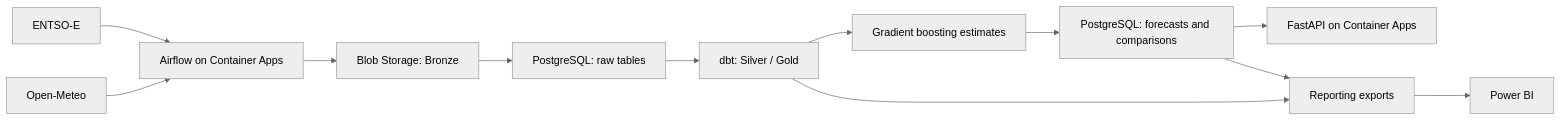
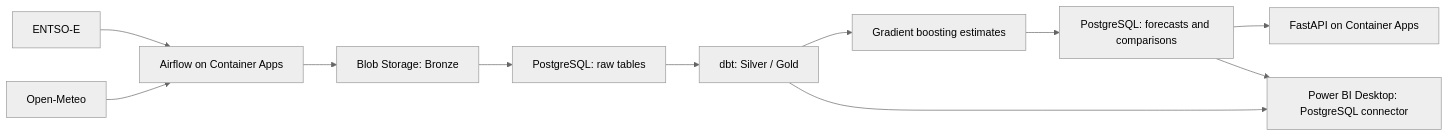
The diagram in README.md (Yassine-Ben-Terras/Azure-Weather-Energy-Analytics-Platform), drawn with Mermaid (neutral theme) before and after one commit. The commit also changed other lines of this file and 1 other file, not shown here.

````diff
--- a/README.md
+++ b/README.md
@@ -13,14 +13,13 @@
 ```mermaid
 flowchart LR
   E[ENTSO-E] --> A[Airflow on Container Apps]
   W[Open-Meteo] --> A
   A --> B[Blob Storage: Bronze]
   B --> P[PostgreSQL: raw tables]
   P --> D[dbt: Silver / Gold]
   D --> F[Gradient boosting estimates]
   F --> R[PostgreSQL: forecasts and comparisons]
   R --> API[FastAPI on Container Apps]
-  D --> X[Reporting exports]
-  R --> X
-  X --> BI[Power BI]
+  D --> BI[Power BI Desktop: PostgreSQL connector]
+  R --> BI
 ```
````
